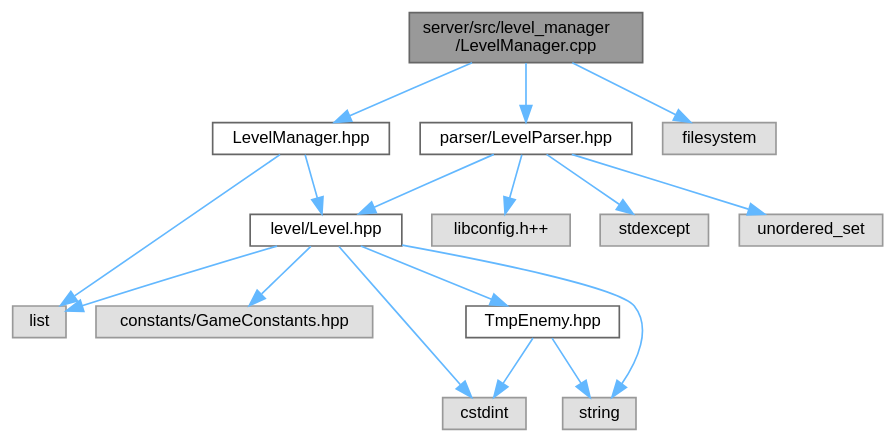
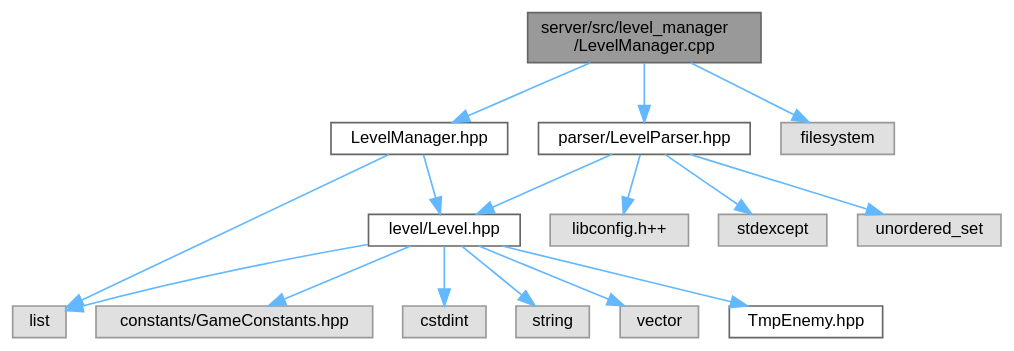
Before and after one commit to Houpsi/R-Type: the diagram in LevelManager_8cpp__incl.dot, drawn with Graphviz. The commit also changed 285 other files, not shown here.

```diff
--- a/LevelManager_8cpp__incl.dot
+++ b/LevelManager_8cpp__incl.dot
@@ -1,36 +1,36 @@
 digraph "server/src/level_manager/LevelManager.cpp"
 {
  // LATEX_PDF_SIZE
   bgcolor="transparent";
   edge [fontname=Helvetica,fontsize=10,labelfontname=Helvetica,labelfontsize=10];
   node [fontname=Helvetica,fontsize=10,shape=box,height=0.2,width=0.4];
   Node1 [id="Node000001",label="server/src/level_manager\l/LevelManager.cpp",height=0.2,width=0.4,color="gray40", fillcolor="grey60", style="filled", fontcolor="black",tooltip=" "];
   Node1 -> Node2 [id="edge1_Node000001_Node000002",color="steelblue1",style="solid",tooltip=" "];
   Node2 [id="Node000002",label="LevelManager.hpp",height=0.2,width=0.4,color="grey40", fillcolor="white", style="filled",URL="$LevelManager_8hpp.html",tooltip=" "];
   Node2 -> Node3 [id="edge2_Node000002_Node000003",color="steelblue1",style="solid",tooltip=" "];
   Node3 [id="Node000003",label="level/Level.hpp",height=0.2,width=0.4,color="grey40", fillcolor="white", style="filled",URL="$Level_8hpp.html",tooltip=" "];
   Node3 -> Node4 [id="edge3_Node000003_Node000004",color="steelblue1",style="solid",tooltip=" "];
   Node4 [id="Node000004",label="constants/GameConstants.hpp",height=0.2,width=0.4,color="grey60", fillcolor="#E0E0E0", style="filled",tooltip=" "];
   Node3 -> Node5 [id="edge4_Node000003_Node000005",color="steelblue1",style="solid",tooltip=" "];
   Node5 [id="Node000005",label="cstdint",height=0.2,width=0.4,color="grey60", fillcolor="#E0E0E0", style="filled",tooltip=" "];
   Node3 -> Node6 [id="edge5_Node000003_Node000006",color="steelblue1",style="solid",tooltip=" "];
   Node6 [id="Node000006",label="list",height=0.2,width=0.4,color="grey60", fillcolor="#E0E0E0", style="filled",tooltip=" "];
   Node3 -> Node7 [id="edge6_Node000003_Node000007",color="steelblue1",style="solid",tooltip=" "];
   Node7 [id="Node000007",label="string",height=0.2,width=0.4,color="grey60", fillcolor="#E0E0E0", style="filled",tooltip=" "];
   Node3 -> Node8 [id="edge7_Node000003_Node000008",color="steelblue1",style="solid",tooltip=" "];
-  Node8 [id="Node000008",label="TmpEnemy.hpp",height=0.2,width=0.4,color="grey40", fillcolor="white", style="filled",URL="$TmpEnemy_8hpp.html",tooltip=" "];
-  Node8 -> Node5 [id="edge8_Node000008_Node000005",color="steelblue1",style="solid",tooltip=" "];
-  Node8 -> Node7 [id="edge9_Node000008_Node000007",color="steelblue1",style="solid",tooltip=" "];
-  Node2 -> Node6 [id="edge10_Node000002_Node000006",color="steelblue1",style="solid",tooltip=" "];
-  Node1 -> Node9 [id="edge11_Node000001_Node000009",color="steelblue1",style="solid",tooltip=" "];
-  Node9 [id="Node000009",label="parser/LevelParser.hpp",height=0.2,width=0.4,color="grey40", fillcolor="white", style="filled",URL="$LevelParser_8hpp.html",tooltip=" "];
-  Node9 -> Node3 [id="edge12_Node000009_Node000003",color="steelblue1",style="solid",tooltip=" "];
-  Node9 -> Node10 [id="edge13_Node000009_Node000010",color="steelblue1",style="solid",tooltip=" "];
-  Node10 [id="Node000010",label="libconfig.h++",height=0.2,width=0.4,color="grey60", fillcolor="#E0E0E0", style="filled",tooltip=" "];
-  Node9 -> Node11 [id="edge14_Node000009_Node000011",color="steelblue1",style="solid",tooltip=" "];
-  Node11 [id="Node000011",label="stdexcept",height=0.2,width=0.4,color="grey60", fillcolor="#E0E0E0", style="filled",tooltip=" "];
-  Node9 -> Node12 [id="edge15_Node000009_Node000012",color="steelblue1",style="solid",tooltip=" "];
-  Node12 [id="Node000012",label="unordered_set",height=0.2,width=0.4,color="grey60", fillcolor="#E0E0E0", style="filled",tooltip=" "];
-  Node1 -> Node13 [id="edge16_Node000001_Node000013",color="steelblue1",style="solid",tooltip=" "];
-  Node13 [id="Node000013",label="filesystem",height=0.2,width=0.4,color="grey60", fillcolor="#E0E0E0", style="filled",tooltip=" "];
+  Node8 [id="Node000008",label="vector",height=0.2,width=0.4,color="grey60", fillcolor="#E0E0E0", style="filled",tooltip=" "];
+  Node3 -> Node9 [id="edge8_Node000003_Node000009",color="steelblue1",style="solid",tooltip=" "];
+  Node9 [id="Node000009",label="TmpEnemy.hpp",height=0.2,width=0.4,color="grey40", fillcolor="white", style="filled",URL="$TmpEnemy_8hpp.html",tooltip=" "];
+  Node2 -> Node6 [id="edge9_Node000002_Node000006",color="steelblue1",style="solid",tooltip=" "];
+  Node1 -> Node10 [id="edge10_Node000001_Node000010",color="steelblue1",style="solid",tooltip=" "];
+  Node10 [id="Node000010",label="parser/LevelParser.hpp",height=0.2,width=0.4,color="grey40", fillcolor="white", style="filled",URL="$LevelParser_8hpp.html",tooltip=" "];
+  Node10 -> Node3 [id="edge11_Node000010_Node000003",color="steelblue1",style="solid",tooltip=" "];
+  Node10 -> Node11 [id="edge12_Node000010_Node000011",color="steelblue1",style="solid",tooltip=" "];
+  Node11 [id="Node000011",label="libconfig.h++",height=0.2,width=0.4,color="grey60", fillcolor="#E0E0E0", style="filled",tooltip=" "];
+  Node10 -> Node12 [id="edge13_Node000010_Node000012",color="steelblue1",style="solid",tooltip=" "];
+  Node12 [id="Node000012",label="stdexcept",height=0.2,width=0.4,color="grey60", fillcolor="#E0E0E0", style="filled",tooltip=" "];
+  Node10 -> Node13 [id="edge14_Node000010_Node000013",color="steelblue1",style="solid",tooltip=" "];
+  Node13 [id="Node000013",label="unordered_set",height=0.2,width=0.4,color="grey60", fillcolor="#E0E0E0", style="filled",tooltip=" "];
+  Node1 -> Node14 [id="edge15_Node000001_Node000014",color="steelblue1",style="solid",tooltip=" "];
+  Node14 [id="Node000014",label="filesystem",height=0.2,width=0.4,color="grey60", fillcolor="#E0E0E0", style="filled",tooltip=" "];
 }
```
